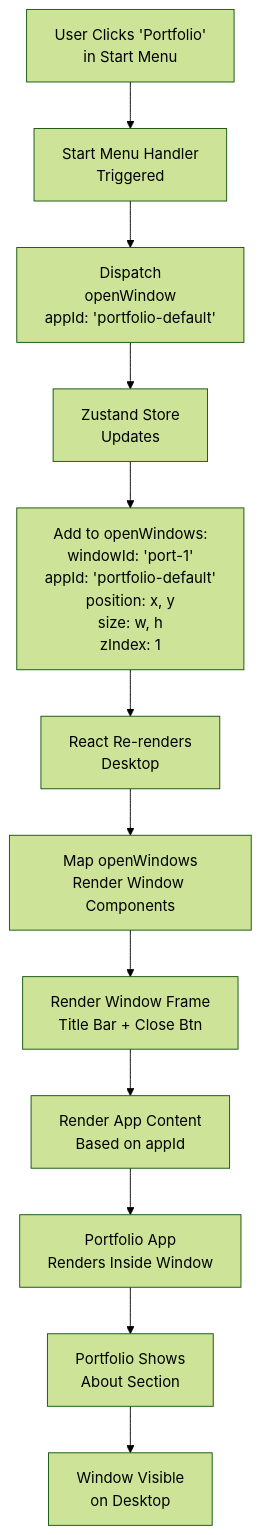
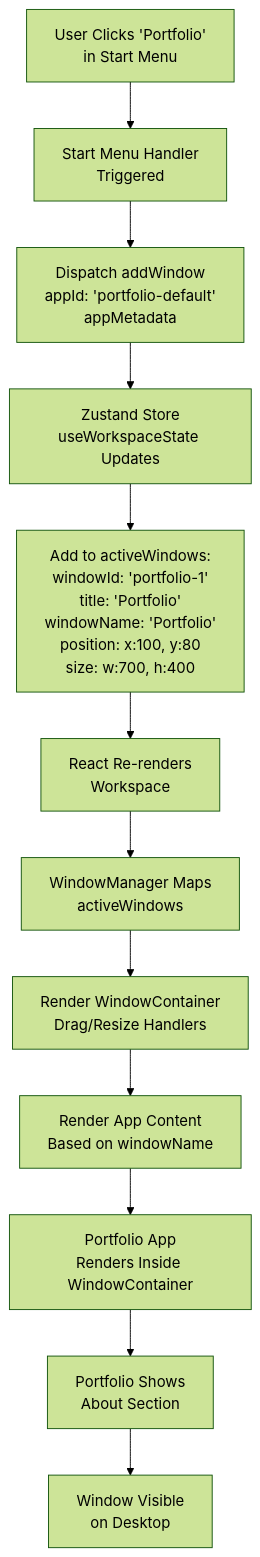
One commit to NatsuDrag9/portfolio-os changed the fifth of 11 diagrams in docs/UI_FLOW.md. Above: the diagram before and after it, drawn with Mermaid (forest theme). The commit also changed other lines of this file and 7 other files, not shown here.

Commit message:
docs(app): correct architecture doc and add more docs

````diff
--- a/docs/UI_FLOW.md
+++ b/docs/UI_FLOW.md
@@ -130,21 +135,21 @@
 ```mermaid
 graph TD
     A["User Clicks 'Portfolio'<br/>in Start Menu"]
     B["Start Menu Handler<br/>Triggered"]
     A --> B
 
-    B --> C["Dispatch<br/>openWindow<br/>appId: 'portfolio-default'"]
-    C --> D["Zustand Store<br/>Updates"]
+    B --> C["Dispatch addWindow<br/>appId: 'portfolio-default'<br/>appMetadata"]
+    C --> D["Zustand Store<br/>useWorkspaceState Updates"]
 
-    D --> E["Add to openWindows:<br/>windowId: 'port-1'<br/>appId: 'portfolio-default'<br/>position: x, y<br/>size: w, h<br/>zIndex: 1"]
+    D --> E["Add to activeWindows:<br/>windowId: 'portfolio-1'<br/>title: 'Portfolio'<br/>windowName: 'Portfolio'<br/>position: x:100, y:80<br/>size: w:700, h:400"]
 
-    E --> F["React Re-renders<br/>Desktop"]
-    F --> G["Map openWindows<br/>Render Window Components"]
+    E --> F["React Re-renders<br/>Workspace"]
+    F --> G["WindowManager Maps<br/>activeWindows"]
 
-    G --> H["Render Window Frame<br/>Title Bar + Close Btn"]
-    H --> I["Render App Content<br/>Based on appId"]
-    I --> J["Portfolio App<br/>Renders Inside Window"]
+    G --> H["Render WindowContainer<br/>Drag/Resize Handlers"]
+    H --> I["Render App Content<br/>Based on windowName"]
+    I --> J["Portfolio App<br/>Renders Inside WindowContainer"]
 
     J --> K["Portfolio Shows<br/>About Section"]
     K --> L["Window Visible<br/>on Desktop"]
 ```
````
